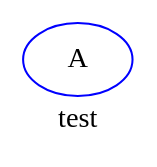
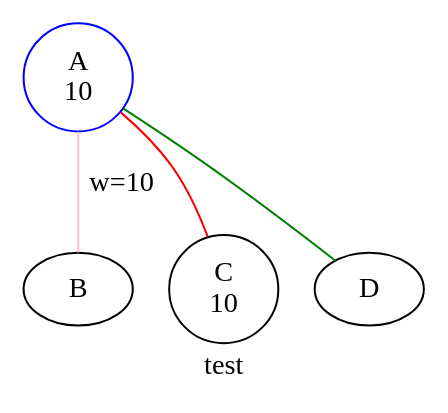
One commit to BDhanush/Network-Visualizer-Language changed the diagram in output.dot. Above: the diagram before and after it, drawn with Graphviz. The commit also changed 2 other files, not shown here.

```diff
--- a/output.dot
+++ b/output.dot
@@ -1,4 +1,12 @@
 strict graph G {
 label="test";
 A [color="blue"];
+B [label="B"];
+C [label="C\n5"];
+A -- B [weight=10][label="w=10"];
+A -- B [color="pink"];
+A -- C [color="red"];
+A -- D [color="green"];
+A [label="A\n10"];
+C [label="C\n10"];
 }
```
